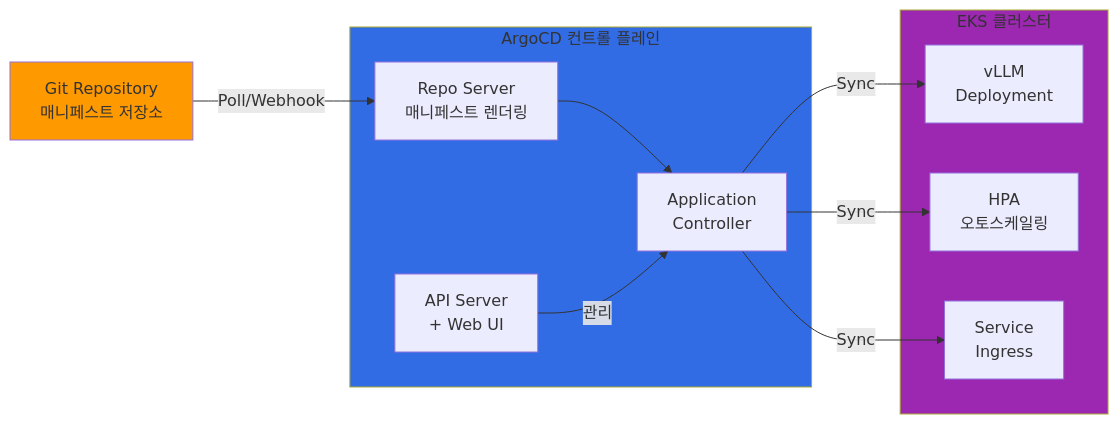
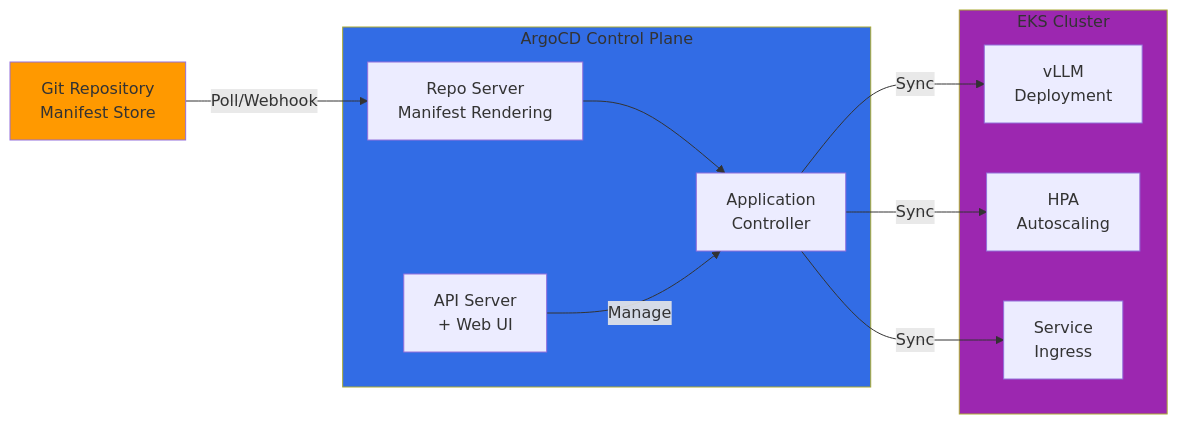
The fourth of 5 diagrams in docs/agentic-ai-platform/reference-architecture/model-lifecycle/mlops-pipeline-eks.md (devfloor9/engineering-playbook), drawn with Mermaid before and after one commit. The commit also changed other lines of this file and 954 other files, not shown here.

````diff
--- a/docs/agentic-ai-platform/reference-architecture/model-lifecycle/mlops-pipeline-eks.md
+++ b/docs/agentic-ai-platform/reference-architecture/model-lifecycle/mlops-pipeline-eks.md
@@ -408,27 +406,27 @@
 ```mermaid
 flowchart LR
-    GIT[Git Repository<br/>매니페스트 저장소]
+    GIT[Git Repository<br/>Manifest Store]
 
-    subgraph ArgoCD["ArgoCD 컨트롤 플레인"]
-        REPO_SERVER[Repo Server<br/>매니페스트 렌더링]
+    subgraph ArgoCD["ArgoCD Control Plane"]
+        REPO_SERVER[Repo Server<br/>Manifest Rendering]
         APP_CONTROLLER[Application<br/>Controller]
         API_SERVER[API Server<br/>+ Web UI]
     end
 
-    subgraph Target["EKS 클러스터"]
+    subgraph Target["EKS Cluster"]
         VLLM_DEPLOY[vLLM<br/>Deployment]
-        HPA[HPA<br/>오토스케일링]
+        HPA[HPA<br/>Autoscaling]
         SVC[Service<br/>Ingress]
     end
 
     GIT -->|Poll/Webhook| REPO_SERVER
     REPO_SERVER --> APP_CONTROLLER
     APP_CONTROLLER -->|Sync| VLLM_DEPLOY
     APP_CONTROLLER -->|Sync| HPA
     APP_CONTROLLER -->|Sync| SVC
-    API_SERVER -->|관리| APP_CONTROLLER
+    API_SERVER -->|Manage| APP_CONTROLLER
 
     style ArgoCD fill:#326ce5
     style Target fill:#9c27b0
     style GIT fill:#ff9900
 ```
````
